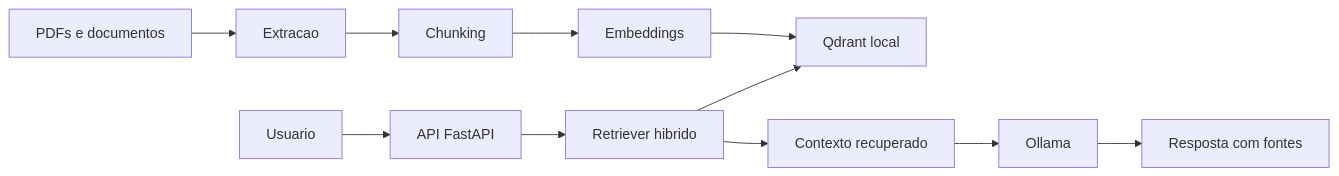
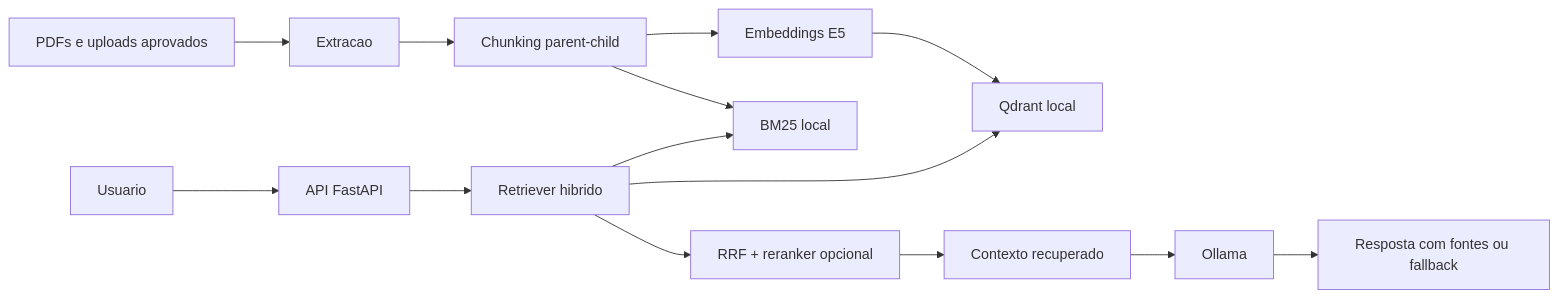
The first of 2 diagrams in README.md (Roger-Quinelato/BBSIA), drawn with Mermaid before and after one commit. The commit also changed other lines of this file and 4 other files, not shown here.

````diff
--- a/README.md
+++ b/README.md
@@ -42,13 +31,16 @@
 ```mermaid
 flowchart LR
-    A[PDFs e documentos] --> B[Extracao]
-    B --> C[Chunking]
-    C --> D[Embeddings]
+    A[PDFs e uploads aprovados] --> B[Extracao]
+    B --> C[Chunking parent-child]
+    C --> D[Embeddings E5]
     D --> E[Qdrant local]
-    F[Usuario] --> G[API FastAPI]
-    G --> H[Retriever hibrido]
-    H --> E
-    H --> I[Contexto recuperado]
-    I --> J[Ollama]
-    J --> K[Resposta com fontes]
+    C --> F[BM25 local]
+    G[Usuario] --> H[API FastAPI]
+    H --> I[Retriever hibrido]
+    I --> E
+    I --> F
+    I --> J[RRF + reranker opcional]
+    J --> K[Contexto recuperado]
+    K --> L[Ollama]
+    L --> M[Resposta com fontes ou fallback]
 ```
````
